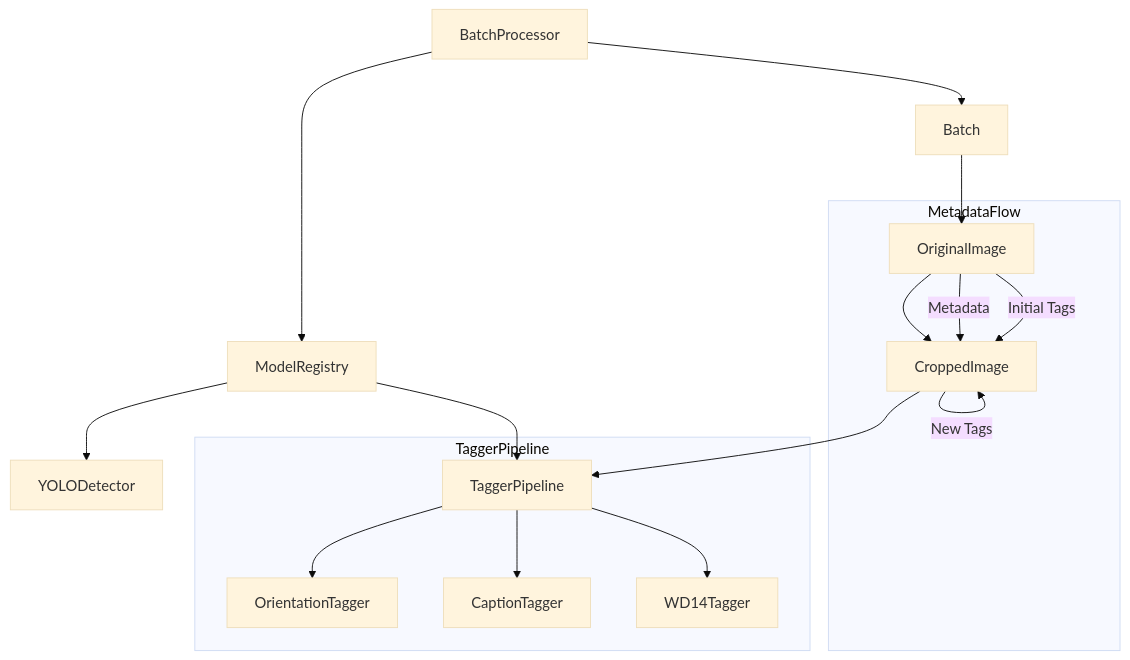
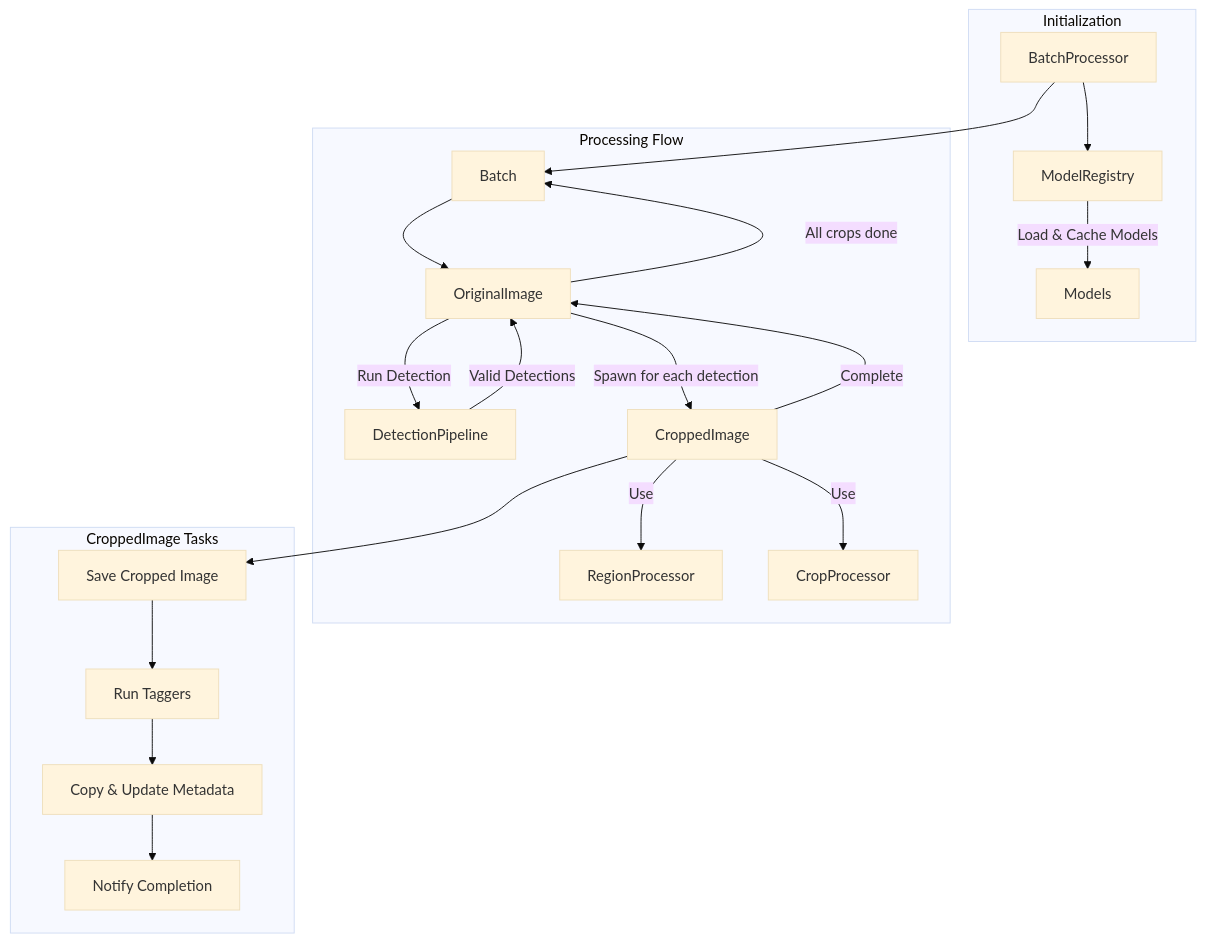
The diagram in docs/THIS_EXPLAINS_EVERYTHING.md (goodlux/kalliste), drawn with Mermaid (base theme) before and after one commit. The commit also changed other lines of this file and 17 other files, not shown here.

````diff
--- a/docs/THIS_EXPLAINS_EVERYTHING.md
+++ b/docs/THIS_EXPLAINS_EVERYTHING.md
@@ -7,22 +9,26 @@
 ```mermaid
 flowchart TD
-    BP[BatchProcessor] --> MR[ModelRegistry]
-    MR --> YD[YOLODetector]
-    MR --> TP[TaggerPipeline]
-    BP --> B[Batch]
-    B --> OI[OriginalImage]
-    OI --> CI[CroppedImage]
-    CI --> TP
-    
-    subgraph TaggerPipeline
-        TP --> OT[OrientationTagger]
-        TP --> CT[CaptionTagger]
-        TP --> WT[WD14Tagger]
+    subgraph Initialization
+        BP[BatchProcessor] --> MR[ModelRegistry]
+        MR --> |"Load & Cache Models"| Models
     end
     
-    subgraph MetadataFlow
-        OI -- Metadata --> CI
-        OI -- Initial Tags --> CI
-        CI -- New Tags --> CI
+    subgraph Processing Flow
+        BP --> B[Batch]
+        B --> OI[OriginalImage]
+        OI --> |"Run Detection"| DP[DetectionPipeline]
+        DP --> |"Valid Detections"| OI
+        OI --> |"Spawn for each detection"| CI[CroppedImage]
+        CI --> |"Use"| RP[RegionProcessor]
+        CI --> |"Use"| CP[CropProcessor]
+        CI --> |"Complete"| OI
+        OI --> |"All crops done"| B
+    end
+
+    subgraph CroppedImage Tasks
+        CI --> Save[Save Cropped Image]
+        Save --> Tag[Run Taggers]
+        Tag --> Meta[Copy & Update Metadata]
+        Meta --> Notify[Notify Completion]
     end
 ```
````
